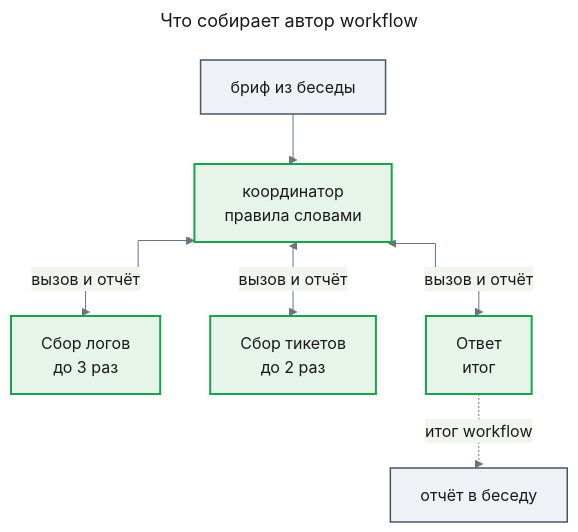
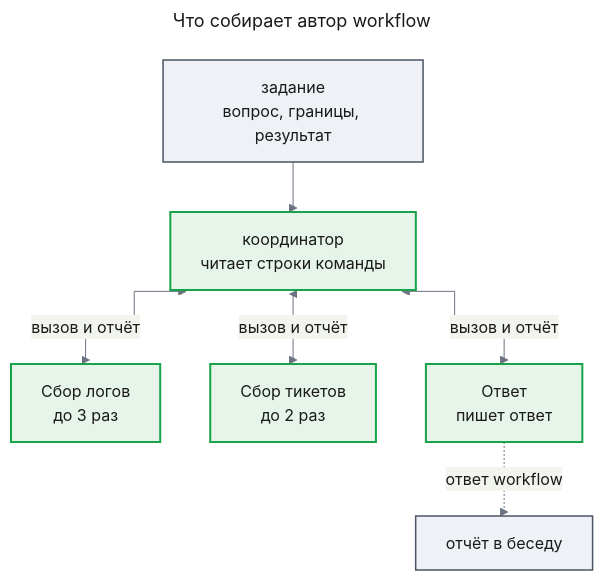
Before and after one commit to tundraray/agent-os: the third of 5 diagrams in docs/features/custom-agents/uxrd.md, drawn with Mermaid. The commit also changed other lines of this file and 11 other files, not shown here.

````diff
--- a/docs/features/custom-agents/uxrd.md
+++ b/docs/features/custom-agents/uxrd.md
@@ -173,31 +179,31 @@
 ```mermaid
 ---
 title: "Что собирает автор workflow"
 config:
   theme: base
   look: classic
   themeVariables:
     primaryColor: "#eef1f5"
     primaryBorderColor: "#4b5563"
     primaryTextColor: "#1a1a1a"
     lineColor: "#6b7280"
   flowchart:
     curve: step
 ---
 flowchart TD
-    brief["бриф из беседы"]
-    coord["координатор<br/>правила словами"]
+    task["задание<br/>вопрос, границы, результат"]
+    coord["координатор<br/>читает строки команды"]
     logs["Сбор логов<br/>до 3 раз"]
     tickets["Сбор тикетов<br/>до 2 раз"]
-    answer["Ответ<br/>итог"]
+    answer["Ответ<br/>пишет ответ"]
     report["отчёт в беседу"]
-    brief --> coord
+    task --> coord
     coord <-->|"вызов и отчёт"| logs
     coord <-->|"вызов и отчёт"| tickets
     coord <-->|"вызов и отчёт"| answer
-    answer -.->|"итог workflow"| report
+    answer -.->|"ответ workflow"| report
     classDef unchanged fill:#eef1f5,stroke:#4b5563,stroke-width:1.5px,color:#1a1a1a
     classDef new fill:#e6f4ea,stroke:#16a34a,stroke-width:2px,color:#1a1a1a
-    class brief,report unchanged
+    class task,report unchanged
     class coord,logs,tickets,answer new
 ```
````
